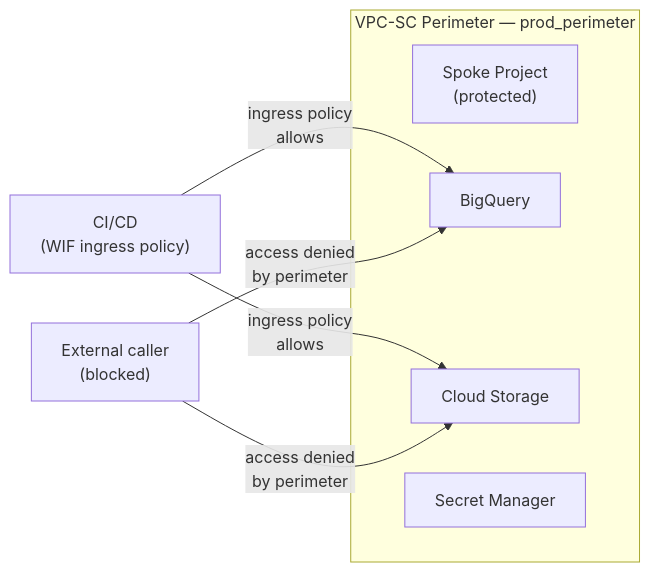
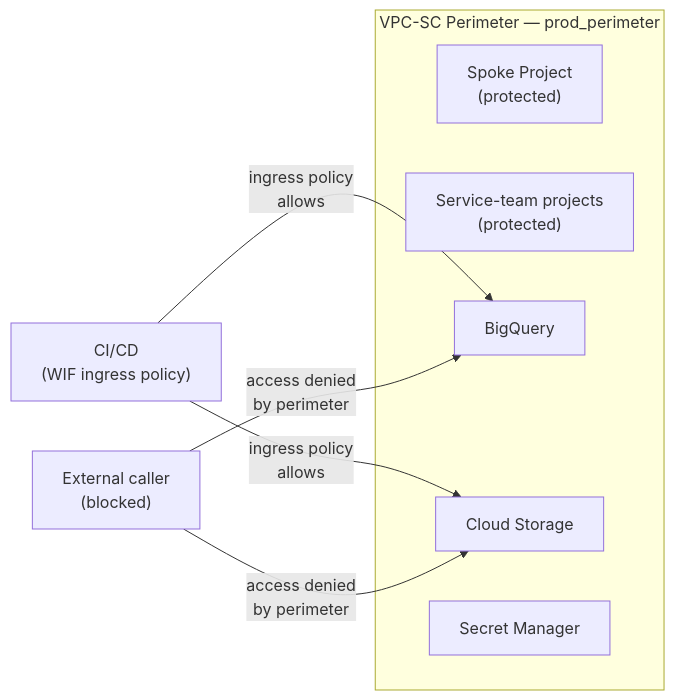
One commit to EdwinKassier/Ashes-Devops-Tools changed the second of 5 diagrams in docs/architecture/network-topology.md. Above: the diagram before and after it, drawn with Mermaid. The commit also changed other lines of this file and 15 other files, not shown here.

````diff
--- a/docs/architecture/network-topology.md
+++ b/docs/architecture/network-topology.md
@@ -84,17 +84,18 @@
 ```mermaid
 graph LR
     subgraph perimeter["VPC-SC Perimeter — prod_perimeter"]
         spoke["Spoke Project\n(protected)"]
+        teams["Service-team projects\n(protected)"]
         bq["BigQuery"]
         gcs["Cloud Storage"]
         sm["Secret Manager"]
     end
 
     cicd["CI/CD\n(WIF ingress policy)"]
     external["External caller\n(blocked)"]
 
     cicd -->|"ingress policy\nallows"| bq
     cicd -->|"ingress policy\nallows"| gcs
     external -->|"access denied\nby perimeter"| bq
     external -->|"access denied\nby perimeter"| gcs
 ```
````
